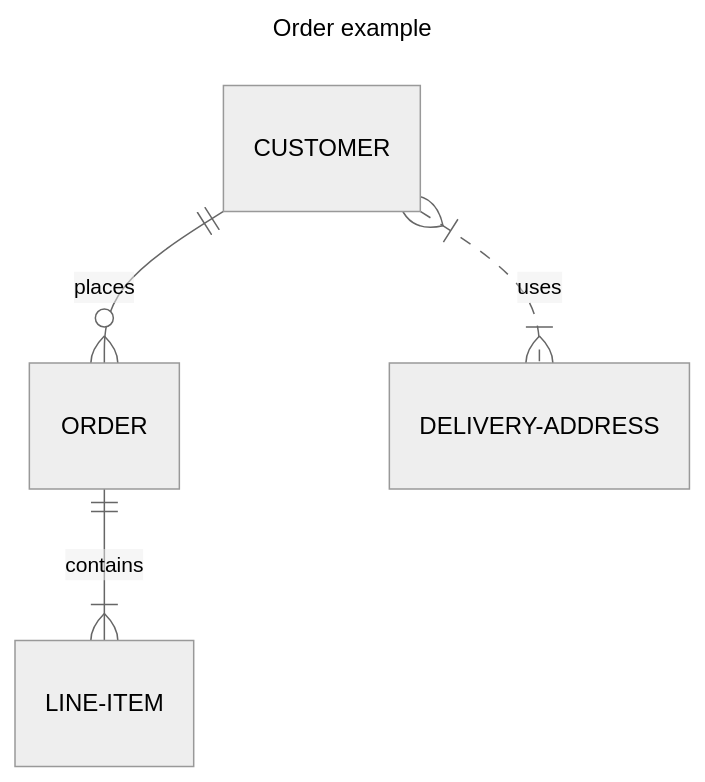
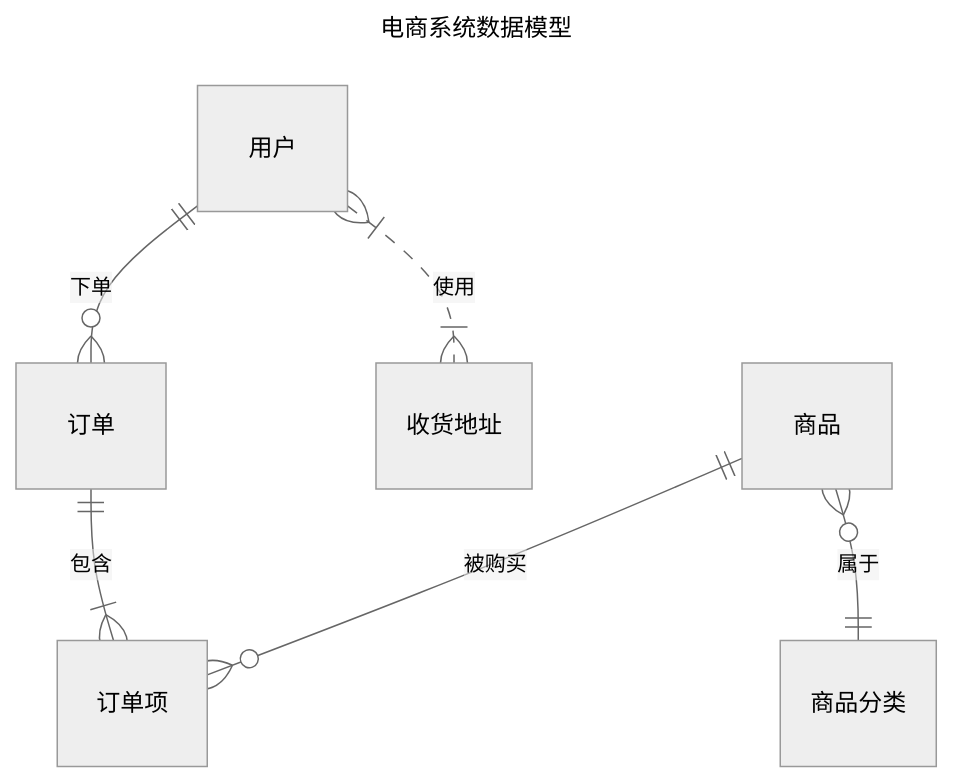
One commit to flingyp/vitepress-plugin-legend changed the diagram in docs/example/markmap.mmd. Above: the diagram before and after it, drawn with Mermaid (neutral theme). The commit also changed 11 other files, not shown here.

```diff
--- a/docs/example/markmap.mmd
+++ b/docs/example/markmap.mmd
@@ -1,7 +1,9 @@
 ---
-title: Order example
+title: 电商系统数据模型
 ---
 erDiagram
-    CUSTOMER ||--o{ ORDER : places
-    ORDER ||--|{ LINE-ITEM : contains
-    CUSTOMER }|..|{ DELIVERY-ADDRESS : uses
+    用户 ||--o{ 订单 : 下单
+    订单 ||--|{ 订单项 : 包含
+    用户 }|..|{ 收货地址 : 使用
+    商品 ||--o{ 订单项 : 被购买
+    商品 }o--|| 商品分类 : 属于
```
